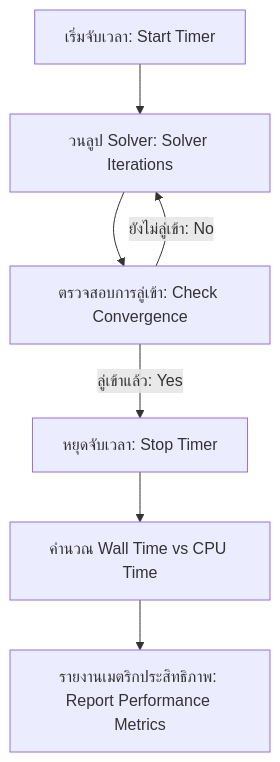
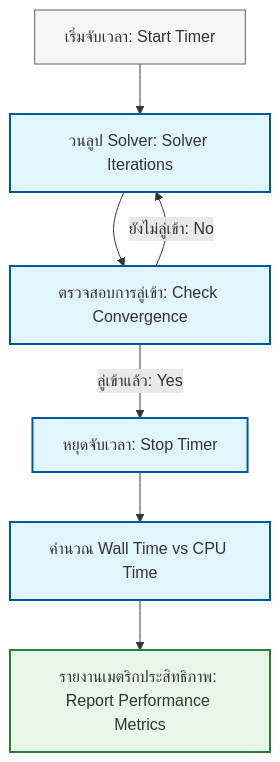
The first of 3 diagrams in MODULE_08_TESTING_VALIDATION/CONTENT/04_QA_AUTOMATION_PROFILING/01_Performance_Profiling.md (wramet/build-my-cfd), drawn with Mermaid before and after one commit. The commit also changed other lines of this file and 313 other files, not shown here.

Commit message:
Revise all diagram

````diff
--- a/MODULE_08_TESTING_VALIDATION/CONTENT/04_QA_AUTOMATION_PROFILING/01_Performance_Profiling.md
+++ b/MODULE_08_TESTING_VALIDATION/CONTENT/04_QA_AUTOMATION_PROFILING/01_Performance_Profiling.md
@@ -32,9 +32,13 @@
 ```mermaid
-graph TD
-    A[เริ่มจับเวลา: Start Timer] --> B[วนลูป Solver: Solver Iterations]
-    B --> C[ตรวจสอบการลู่เข้า: Check Convergence]
-    C -- ยังไม่ลู่เข้า: No --> B
-    C -- ลู่เข้าแล้ว: Yes --> D[หยุดจับเวลา: Stop Timer]
-    D --> E[คำนวณ Wall Time vs CPU Time]
-    E --> F[รายงานเมตริกประสิทธิภาพ: Report Performance Metrics]
+flowchart TD
+classDef implicit fill:#e1f5fe,stroke:#01579b,stroke-width:2px
+classDef explicit fill:#ffebee,stroke:#b71c1c,stroke-width:2px
+classDef success fill:#e8f5e9,stroke:#2e7d32,stroke-width:2px
+classDef context fill:#f5f5f5,stroke:#616161,stroke-width:1px
+A[เริ่มจับเวลา: Start Timer]:::context --> B[วนลูป Solver: Solver Iterations]:::implicit
+B --> C[ตรวจสอบการลู่เข้า: Check Convergence]:::implicit
+C -- ยังไม่ลู่เข้า: No --> B
+C -- ลู่เข้าแล้ว: Yes --> D[หยุดจับเวลา: Stop Timer]:::implicit
+D --> E[คำนวณ Wall Time vs CPU Time]:::implicit
+E --> F[รายงานเมตริกประสิทธิภาพ: Report Performance Metrics]:::success
 ```
````
